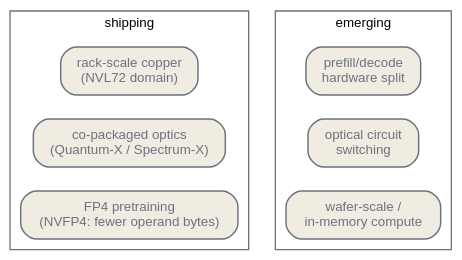
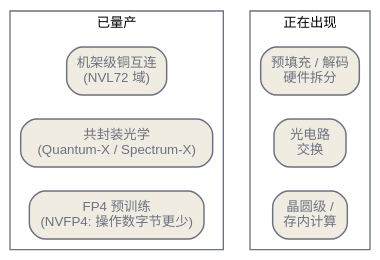
The fourth of 4 diagrams in zh/infrastructure/03-the-compute-frontier.qmd (latere-ai/ai-as-an-infrastructure), drawn with Graphviz before and after one commit. The commit also changed other lines of this file and 273 other files, not shown here.

Commit message:
docs: localize Chinese diagrams

````diff
--- a/zh/infrastructure/03-the-compute-frontier.qmd
+++ b/zh/infrastructure/03-the-compute-frontier.qmd
@@ -114,24 +114,24 @@
 ```{dot}
 //| label: fig-compute-frontier-escapes
 //| fig-cap: "逃出带宽墙的几条路，按成熟度排。左列在量产；右列已演示但非默认。中间两条不靠新互连，而是用数值和阶段专门化来打墙。"
 digraph escapes {
   rankdir=LR;
   bgcolor="transparent";
   node [shape=box, style="rounded,filled", fontname="Helvetica", fontsize=10, color="#6b7280", fontcolor="#6b7280", fillcolor="#f1ece1", penwidth=1.1];
   edge [color="#6b7280"];
 
-  subgraph cluster_ship { label="shipping"; color="#6b7280"; fontname="Helvetica"; fontsize=10;
-    rack [label="rack-scale copper\n(NVL72 domain)"];
-    cpo  [label="co-packaged optics\n(Quantum-X / Spectrum-X)"];
-    fp4  [label="FP4 pretraining\n(NVFP4: fewer operand bytes)"];
+  subgraph cluster_ship { label="已量产"; color="#6b7280"; fontname="Helvetica"; fontsize=10;
+    rack [label="机架级铜互连\n(NVL72 域)"];
+    cpo  [label="共封装光学\n(Quantum-X / Spectrum-X)"];
+    fp4  [label="FP4 预训练\n(NVFP4: 操作数字节更少)"];
   }
-  subgraph cluster_emerge { label="emerging"; color="#6b7280"; fontname="Helvetica"; fontsize=10;
-    disagg [label="prefill/decode\nhardware split"];
-    ocs    [label="optical circuit\nswitching"];
-    wafer  [label="wafer-scale /\nin-memory compute"];
+  subgraph cluster_emerge { label="正在出现"; color="#6b7280"; fontname="Helvetica"; fontsize=10;
+    disagg [label="预填充 / 解码\n硬件拆分"];
+    ocs    [label="光电路\n交换"];
+    wafer  [label="晶圆级 /\n存内计算"];
   }
   rack -> disagg [style=invis];
   cpo -> ocs [style=invis];
   fp4 -> wafer [style=invis];
 }
 ```
````
